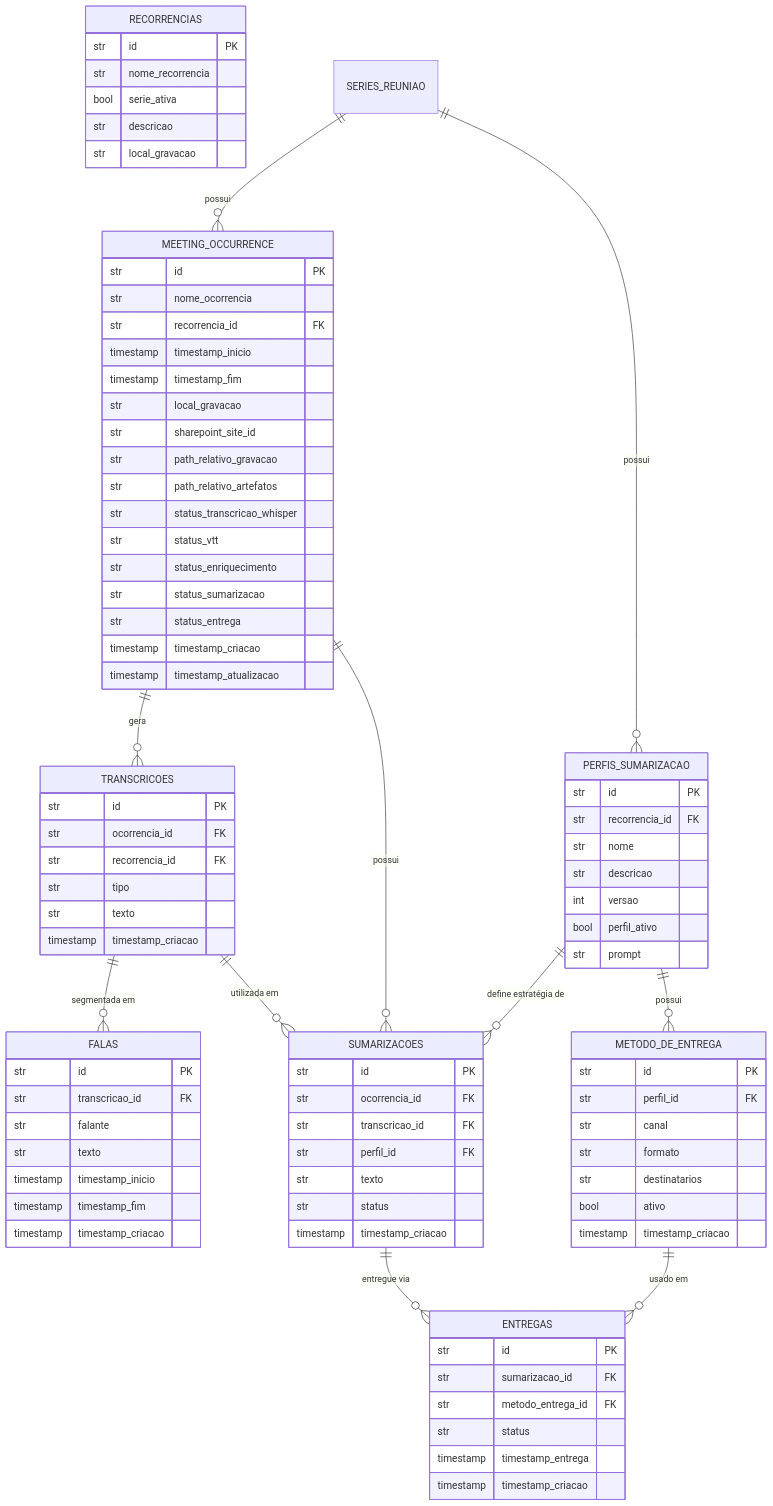
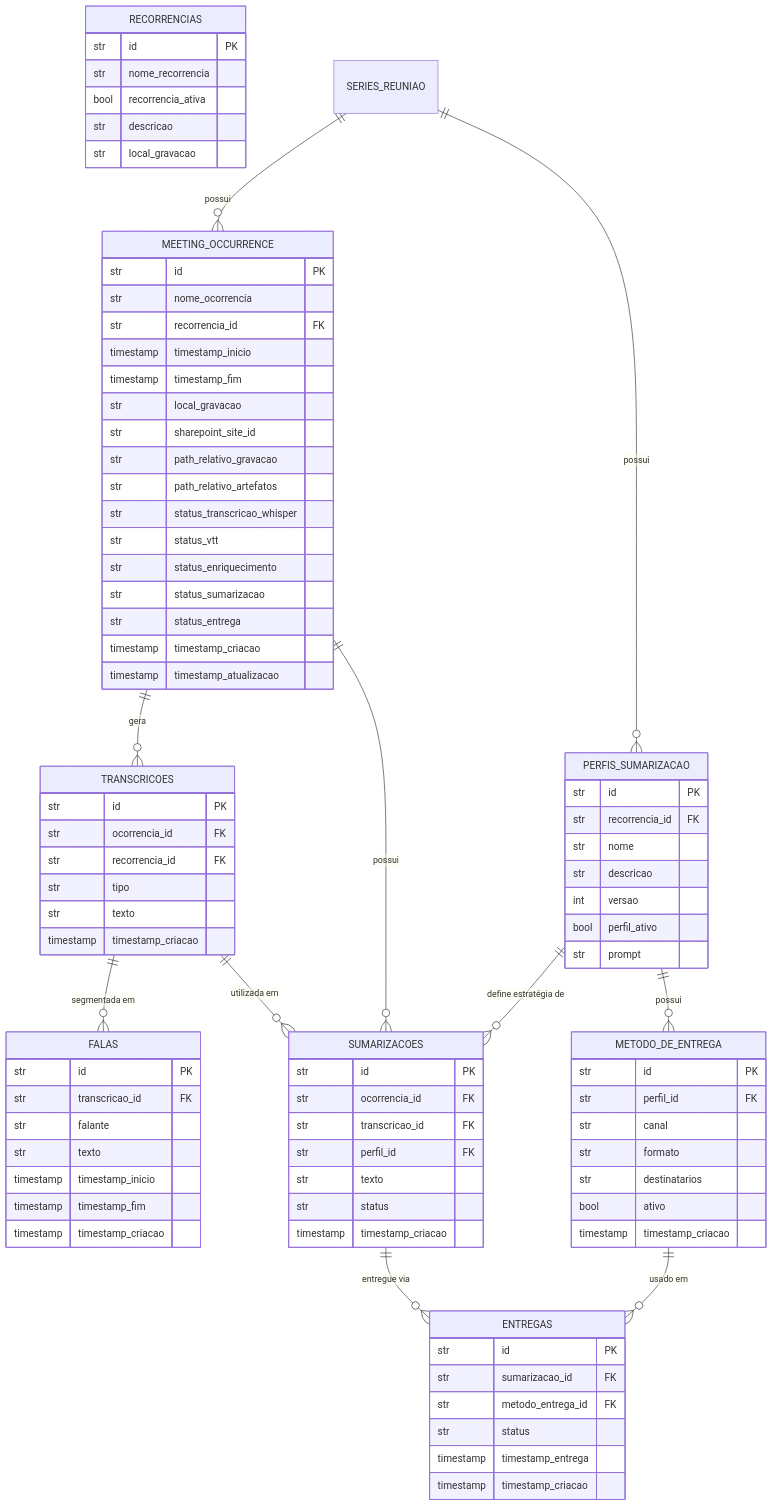
One commit to andredinizo/kumbuka_platform changed the second of 2 diagrams in dev_files/plano_ex_plataforma.md. Above: the diagram before and after it, drawn with Mermaid. The commit also changed other lines of this file and 25 other files, not shown here.

```diff
--- a/dev_files/plano_ex_plataforma.md
+++ b/dev_files/plano_ex_plataforma.md
@@ -565,7 +571,7 @@
 	RECORRENCIAS {
 	str id PK
 	str nome_recorrencia
-	bool serie_ativa
+	bool recorrencia_ativa
 	str descricao
 	str local_gravacao
 	}
```
